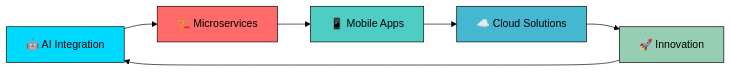
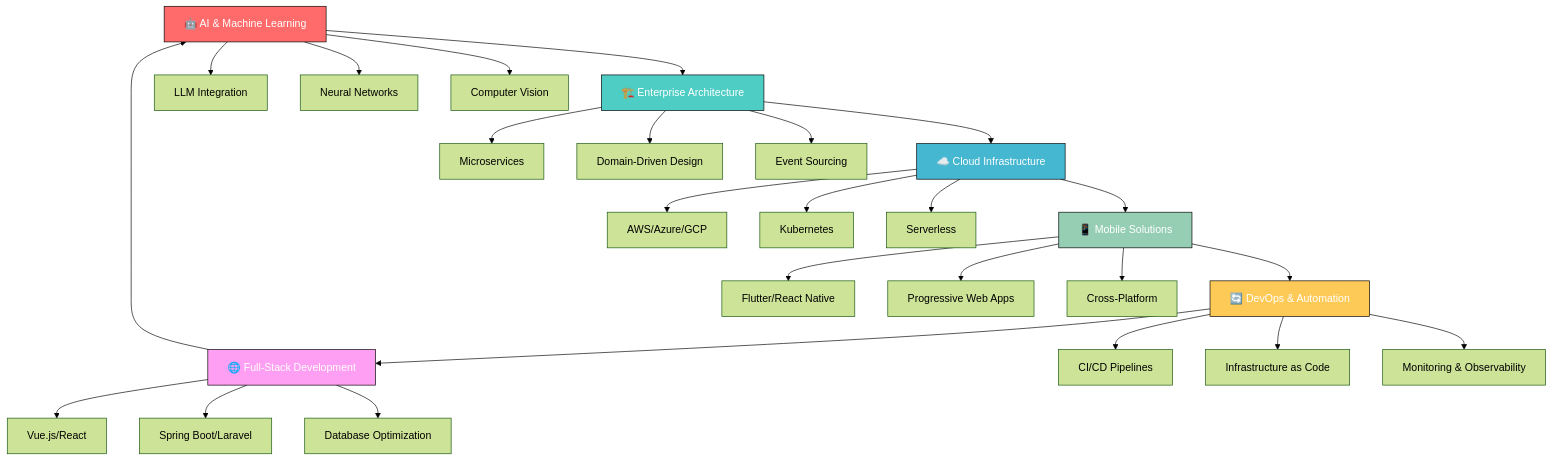
The diagram in README.md (bretama99/bretama99), drawn with Mermaid (forest theme) before and after one commit. The commit also changed other lines of this file, not shown here.

````diff
--- a/README.md
+++ b/README.md
@@ -479,14 +758,40 @@
 ```mermaid
-graph LR
-    A[🤖 AI Integration] --> B[🏗️ Microservices]
-    B --> C[📱 Mobile Apps]
-    C --> D[☁️ Cloud Solutions]
-    D --> E[🚀 Innovation]
-    E --> A
+graph TB
+    A[🤖 AI & Machine Learning] --> B[🏗️ Enterprise Architecture]
+    B --> C[☁️ Cloud Infrastructure]
+    C --> D[📱 Mobile Solutions]
+    D --> E[🔄 DevOps & Automation]
+    E --> F[🌐 Full-Stack Development]
+    F --> A
     
-    style A fill:#00D9FF,stroke:#000,color:#000
-    style B fill:#FF6B6B,stroke:#000,color:#000
-    style C fill:#4ECDC4,stroke:#000,color:#000
-    style D fill:#45B7D1,stroke:#000,color:#000
-    style E fill:#96CEB4,stroke:#000,color:#000
+    A --> A1[LLM Integration]
+    A --> A2[Neural Networks]
+    A --> A3[Computer Vision]
+    
+    B --> B1[Microservices]
+    B --> B2[Domain-Driven Design]
+    B --> B3[Event Sourcing]
+    
+    C --> C1[AWS/Azure/GCP]
+    C --> C2[Kubernetes]
+    C --> C3[Serverless]
+    
+    D --> D1[Flutter/React Native]
+    D --> D2[Progressive Web Apps]
+    D --> D3[Cross-Platform]
+    
+    E --> E1[CI/CD Pipelines]
+    E --> E2[Infrastructure as Code]
+    E --> E3[Monitoring & Observability]
+    
+    F --> F1[Vue.js/React]
+    F --> F2[Spring Boot/Laravel]
+    F --> F3[Database Optimization]
+    
+    style A fill:#FF6B6B,stroke:#000,color:#fff
+    style B fill:#4ECDC4,stroke:#000,color:#fff
+    style C fill:#45B7D1,stroke:#000,color:#fff
+    style D fill:#96CEB4,stroke:#000,color:#fff
+    style E fill:#FECA57,stroke:#000,color:#fff
+    style F fill:#FF9FF3,stroke:#000,color:#fff
 ```
````
